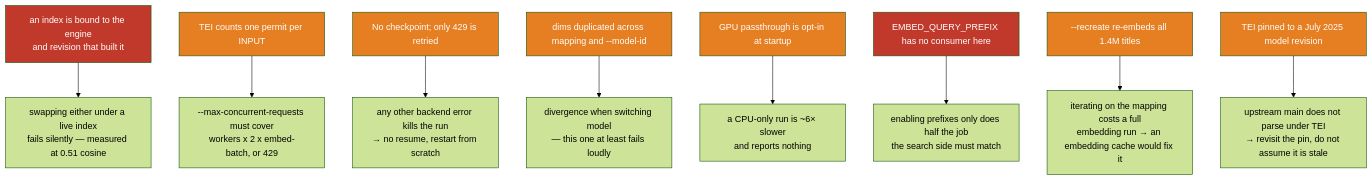
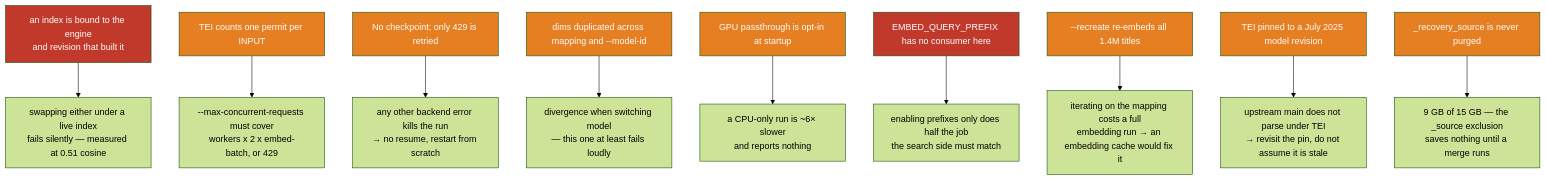
The seventh of 7 diagrams in article-02-vector-ingestion/ARCHITECTURE.md (Guillaume-Gozillon/search-lab-ingest), drawn with Mermaid (forest theme) before and after one commit. The commit also changed other lines of this file and 6 other files, not shown here.

````diff
--- a/article-02-vector-ingestion/ARCHITECTURE.md
+++ b/article-02-vector-ingestion/ARCHITECTURE.md
@@ -198,20 +217,22 @@
 ```mermaid
 flowchart TD
     L0["an index is bound to the engine<br/>and revision that built it"] --> I0["swapping either under a live index<br/>fails silently — measured at 0.51 cosine"]
     L1["TEI counts one permit per INPUT"] --> I1["--max-concurrent-requests must cover<br/>workers x 2 x embed-batch, or 429"]
     L2["No checkpoint; only 429 is retried"] --> I2["any other backend error kills the run<br/>→ no resume, restart from scratch"]
     L3["dims duplicated across mapping and --model-id"] --> I3["divergence when switching model<br/>— this one at least fails loudly"]
     L4["GPU passthrough is opt-in at startup"] --> I4["a CPU-only run is ~6× slower<br/>and reports nothing"]
     L5["EMBED_QUERY_PREFIX has no consumer here"] --> I5["enabling prefixes only does half the job<br/>the search side must match"]
     L6["--recreate re-embeds all 1.4M titles"] --> I6["iterating on the mapping costs a full<br/>embedding run → an embedding cache would fix it"]
     L7["TEI pinned to a July 2025 model revision"] --> I7["upstream main does not parse under TEI<br/>→ revisit the pin, do not assume it is stale"]
+    L8["_recovery_source is never purged"] --> I8["9 GB of 15 GB — the _source exclusion<br/>saves nothing until a merge runs"]
 
     style L0 fill:#c0392b,color:#fff
     style L1 fill:#e67e22,color:#fff
     style L2 fill:#e67e22,color:#fff
     style L3 fill:#e67e22,color:#fff
     style L4 fill:#e67e22,color:#fff
     style L5 fill:#c0392b,color:#fff
     style L6 fill:#e67e22,color:#fff
     style L7 fill:#e67e22,color:#fff
+    style L8 fill:#e67e22,color:#fff
 ```
````
